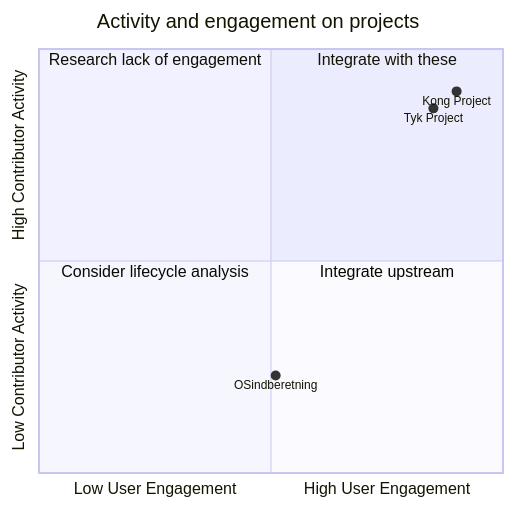
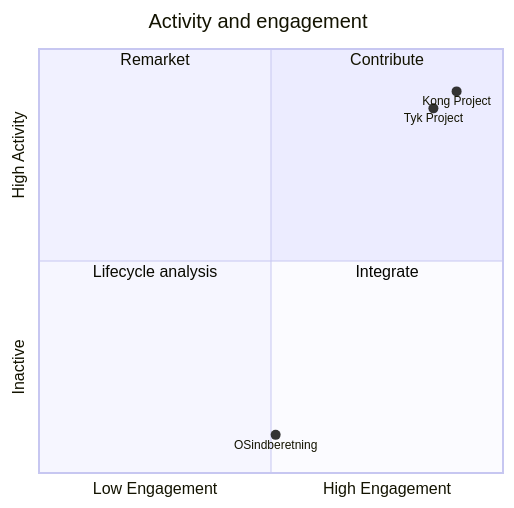
One commit to JanMaackKjerbye/public-slides changed the diagram in docs/Upstream_first.md. Above: the diagram before and after it, drawn with Mermaid. The commit also changed other lines of this file and 2 other files, not shown here.

```diff
--- a/docs/Upstream_first.md
+++ b/docs/Upstream_first.md
@@ -75,15 +106,15 @@
 <div class="mermaid">
 
 quadrantChart
-    title Activity and engagement on projects
-    x-axis Low User Engagement --> High User Engagement
-    y-axis Low Contributor Activity --> High Contributor Activity
-    quadrant-1 Integrate with these
-    quadrant-2 Research lack of engagement
-    quadrant-3 Consider lifecycle analysis
-    quadrant-4 Integrate upstream
+    title Activity and engagement
+    x-axis Low Engagement --> High Engagement
+    y-axis Inactive --> High Activity
+    quadrant-1 Contribute
+    quadrant-2 Remarket
+    quadrant-3 Lifecycle analysis
+    quadrant-4 Integrate
     Kong Project: [0.9, 0.9]
     Tyk Project: [0.85, 0.86]
-    OSindberetning: [0.51, 0.23]
+    OSindberetning: [0.51, 0.09]
 
 </div>
```
